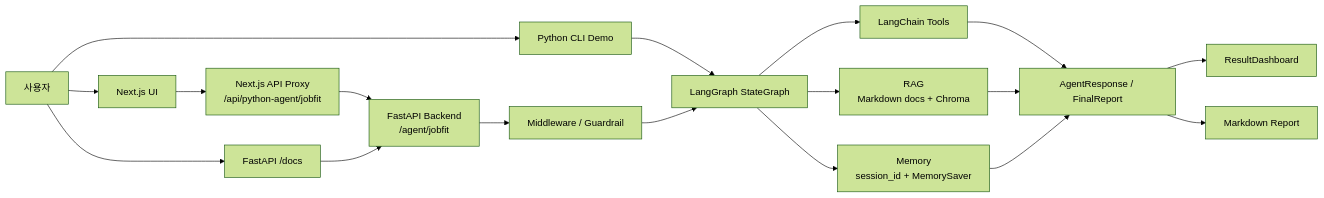
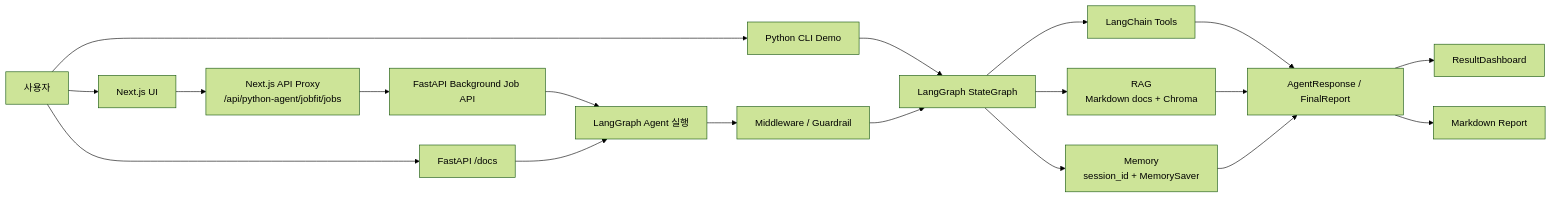
Before and after one commit to OPCIO0568/Jobfit: the first of 2 diagrams in README.md, drawn with Mermaid (forest theme). The commit also changed other lines of this file and 20 other files, not shown here.

Commit message:
Stabilize JobFit agent flow and deployment docs

````diff
--- a/README.md
+++ b/README.md
@@ -102,25 +102,26 @@
 ```mermaid
 flowchart LR
     user[사용자] --> ui[Next.js UI]
     user --> cli[Python CLI Demo]
     user --> docs[FastAPI /docs]
 
-    ui --> proxy[Next.js API Proxy<br/>/api/python-agent/jobfit]
-    proxy --> api[FastAPI Backend<br/>/agent/jobfit]
+    ui --> proxy[Next.js API Proxy<br/>/api/python-agent/jobfit/jobs]
+    proxy --> jobs[FastAPI Background Job API]
+    jobs --> api[LangGraph Agent 실행]
     cli --> state_graph[LangGraph StateGraph]
     docs --> api
 
     api --> guard[Middleware / Guardrail]
     guard --> state_graph
 
     state_graph --> tools[LangChain Tools]
     state_graph --> rag[RAG<br/>Markdown docs + Chroma]
     state_graph --> memory[Memory<br/>session_id + MemorySaver]
 
     tools --> response[AgentResponse / FinalReport]
     rag --> response
     memory --> response
 
     response --> dashboard[ResultDashboard]
     response --> markdown[Markdown Report]
 ```
````
